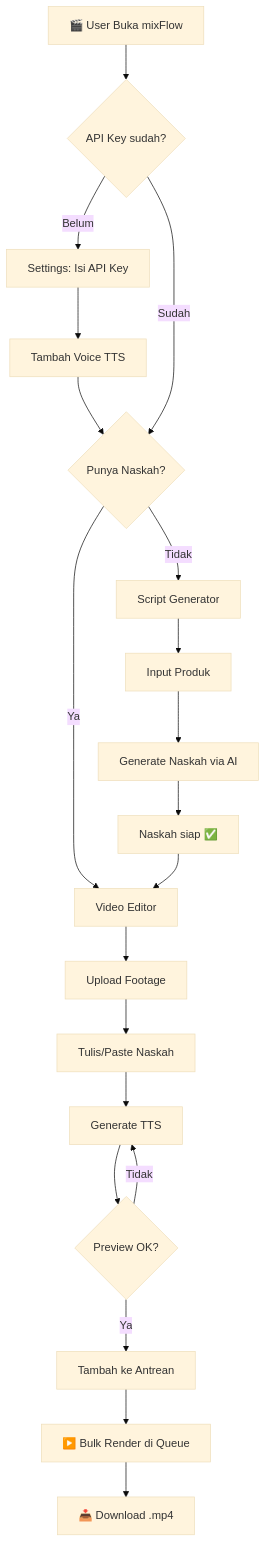
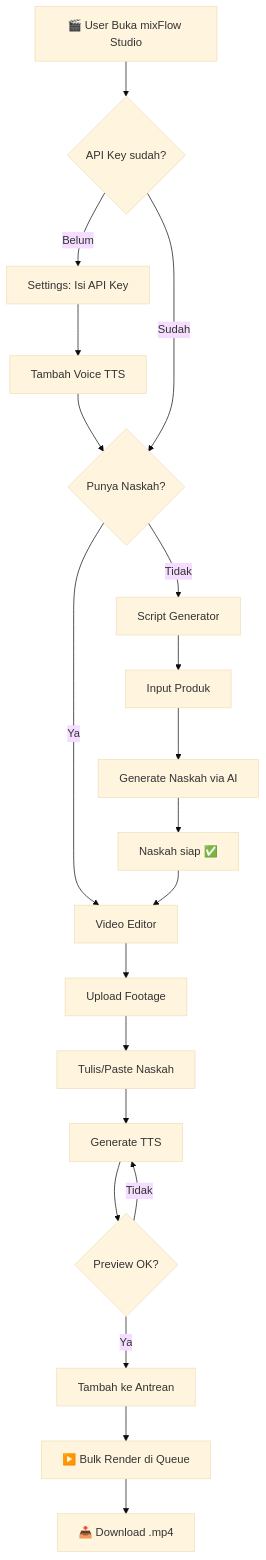
The first of 4 diagrams in PRD.md (Muhira007/mixFlow-Studio), drawn with Mermaid (base theme) before and after one commit. The commit also changed other lines of this file and 38 other files, not shown here.

Commit message:
chore: rename brand mixFlow to mixFlow Studio and update URLs

````diff
--- a/PRD.md
+++ b/PRD.md
@@ -85,25 +85,25 @@
 ```mermaid
 flowchart TD
-    A[🎬 User Buka mixFlow] --> B{API Key sudah?}
+    A[🎬 User Buka mixFlow Studio] --> B{API Key sudah?}
     B -- Belum --> S1[Settings: Isi API Key]
     S1 --> S2[Tambah Voice TTS]
     S2 --> C
 
     B -- Sudah --> C{Punya Naskah?}
     C -- Tidak --> G[Script Generator]
     G --> G1[Input Produk]
     G1 --> G2[Generate Naskah via AI]
     G2 --> G3[Naskah siap ✅]
 
     C -- Ya --> V[Video Editor]
     G3 --> V
 
     V --> V1[Upload Footage]
     V1 --> V2[Tulis/Paste Naskah]
     V2 --> V3[Generate TTS]
     V3 --> V4{Preview OK?}
     V4 -- Ya --> V5[Tambah ke Antrean]
     V4 -- Tidak --> V3
     V5 --> V6[▶️ Bulk Render di Queue]
     V6 --> D[📥 Download .mp4]
 ```
````
